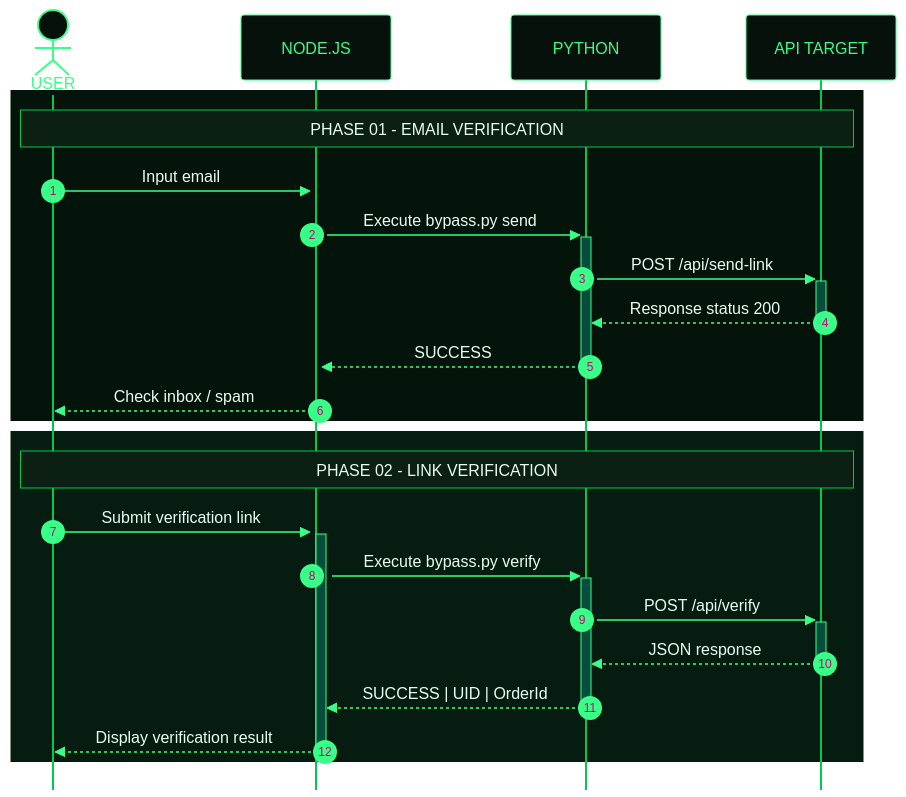
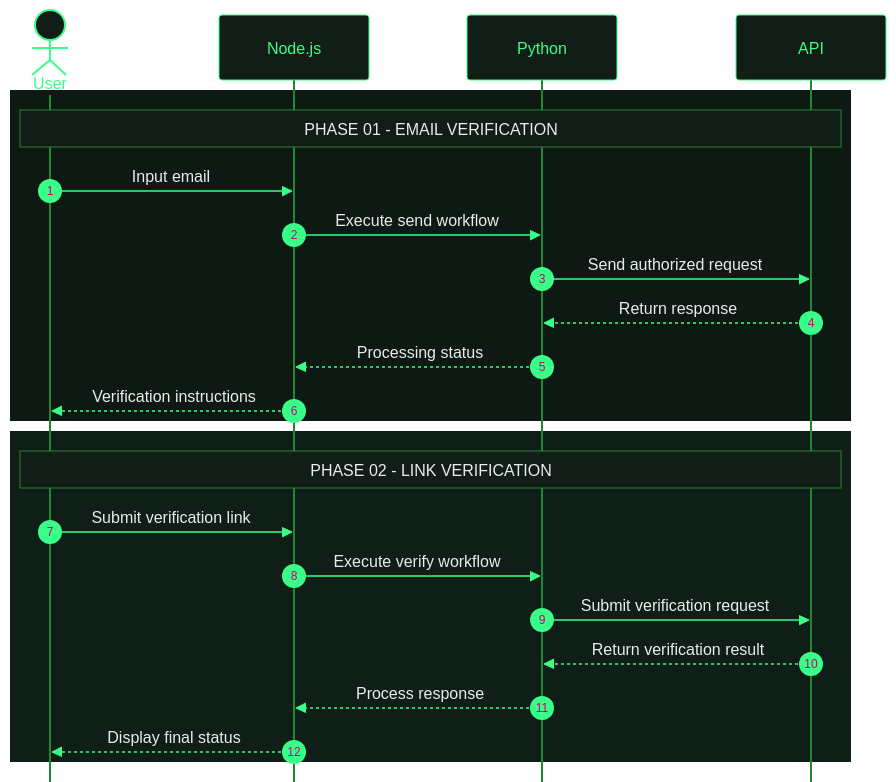
One commit to kyuuXzry/ALIGHT-MOTION-PREM changed the diagram in README.md. Above: the diagram before and after it, drawn with Mermaid. The commit also changed other lines of this file, not shown here.

````diff
--- a/README.md
+++ b/README.md
@@ -223,66 +148,64 @@
 ```mermaid
 %%{init: {
   "theme": "base",
   "themeVariables": {
-    "background": "#050B07",
-    "primaryColor": "#0B1F12",
+    "background": "#0D1117",
+    "primaryColor": "#111D16",
     "primaryTextColor": "#39FF88",
-    "primaryBorderColor": "#00C853",
+    "primaryBorderColor": "#238636",
     "lineColor": "#39FF88",
-    "secondaryColor": "#07110B",
-    "tertiaryColor": "#0B1F12",
-    "actorBkg": "#07110B",
+    "secondaryColor": "#0D1117",
+    "tertiaryColor": "#111D16",
+    "actorBkg": "#111D16",
     "actorBorder": "#39FF88",
     "actorTextColor": "#39FF88",
-    "actorLineColor": "#00C853",
+    "actorLineColor": "#238636",
     "signalColor": "#39FF88",
-    "signalTextColor": "#E8FFF0",
-    "labelBoxBkgColor": "#0B1F12",
-    "labelBoxBorderColor": "#00C853",
+    "signalTextColor": "#E6EDF3",
+    "labelBoxBkgColor": "#111D16",
+    "labelBoxBorderColor": "#238636",
     "labelTextColor": "#39FF88",
-    "noteBkgColor": "#0B1F12",
-    "noteBorderColor": "#00C853",
-    "noteTextColor": "#E8FFF0",
-    "activationBkgColor": "#064E3B",
+    "noteBkgColor": "#111D16",
+    "noteBorderColor": "#238636",
+    "noteTextColor": "#E6EDF3",
+    "activationBkgColor": "#173D27",
     "activationBorderColor": "#39FF88"
   },
   "sequence": {
     "showSequenceNumbers": true,
-    "actorMargin": 65,
-    "messageMargin": 38,
-    "diagramMarginX": 25,
-    "diagramMarginY": 25,
+    "actorMargin": 60,
+    "messageMargin": 35,
     "mirrorActors": false
   }
 }}%%
 
 sequenceDiagram
     autonumber
 
-    actor U as USER
-    participant N as NODE.JS
-    participant P as PYTHON
-    participant A as API TARGET
+    actor U as User
+    participant N as Node.js
+    participant P as Python
+    participant A as API
 
-    rect rgb(5, 20, 11)
+    rect rgb(13, 25, 18)
         Note over U,A: PHASE 01 - EMAIL VERIFICATION
 
-        U->>+N: Input email
-        N->>+P: Execute bypass.py send
-        P->>+A: POST /api/send-link
-        A-->>-P: Response status 200
-        P-->>-N: SUCCESS
-        N-->>U: Check inbox / spam
+        U->>N: Input email
+        N->>P: Execute send workflow
+        P->>A: Send authorized request
+        A-->>P: Return response
+        P-->>N: Processing status
+        N-->>U: Verification instructions
     end
 
-    rect rgb(7, 28, 16)
+    rect rgb(15, 30, 22)
         Note over U,A: PHASE 02 - LINK VERIFICATION
 
-        U->>+N: Submit verification link
-        N->>+P: Execute bypass.py verify
-        P->>+A: POST /api/verify
-        A-->>-P: JSON response
-        P-->>-N: SUCCESS | UID | OrderId
-        N-->>-U: Display verification result
+        U->>N: Submit verification link
+        N->>P: Execute verify workflow
+        P->>A: Submit verification request
+        A-->>P: Return verification result
+        P-->>N: Process response
+        N-->>U: Display final status
     end
 ```
````
